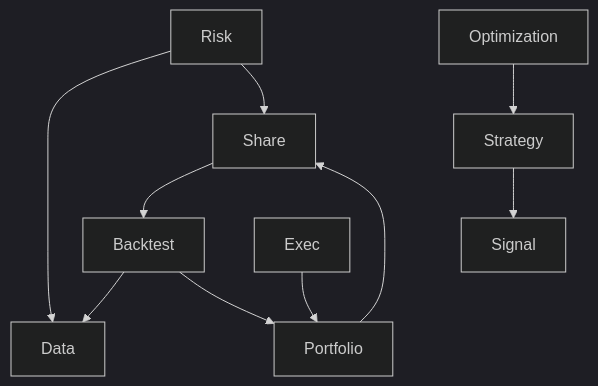
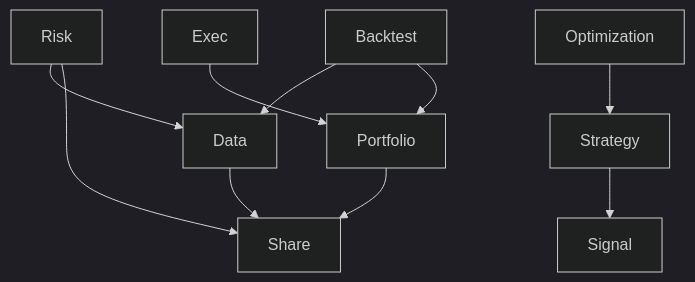
The diagram in docs/design/core_bak_refactored/ARCHITECTURE.md (wunglee/deepseekquant), drawn with Mermaid (dark theme) before and after one commit. The commit also changed other lines of this file and 1 other file, not shown here.

First line of the commit message:
docs: 修正架构图循环依赖 & 明确Share模块依赖原则

````diff
--- a/docs/design/core_bak_refactored/ARCHITECTURE.md
+++ b/docs/design/core_bak_refactored/ARCHITECTURE.md
@@ -62,12 +62,12 @@
 ```mermaid
 graph TD
     Risk --> Data
     Risk --> Share
     Backtest --> Data
     Backtest --> Portfolio
     Portfolio --> Share
     Strategy --> Signal
     Exec --> Portfolio
     Optimization --> Strategy
-    Share --> Backtest
+    Data --> Share
 ```
````
